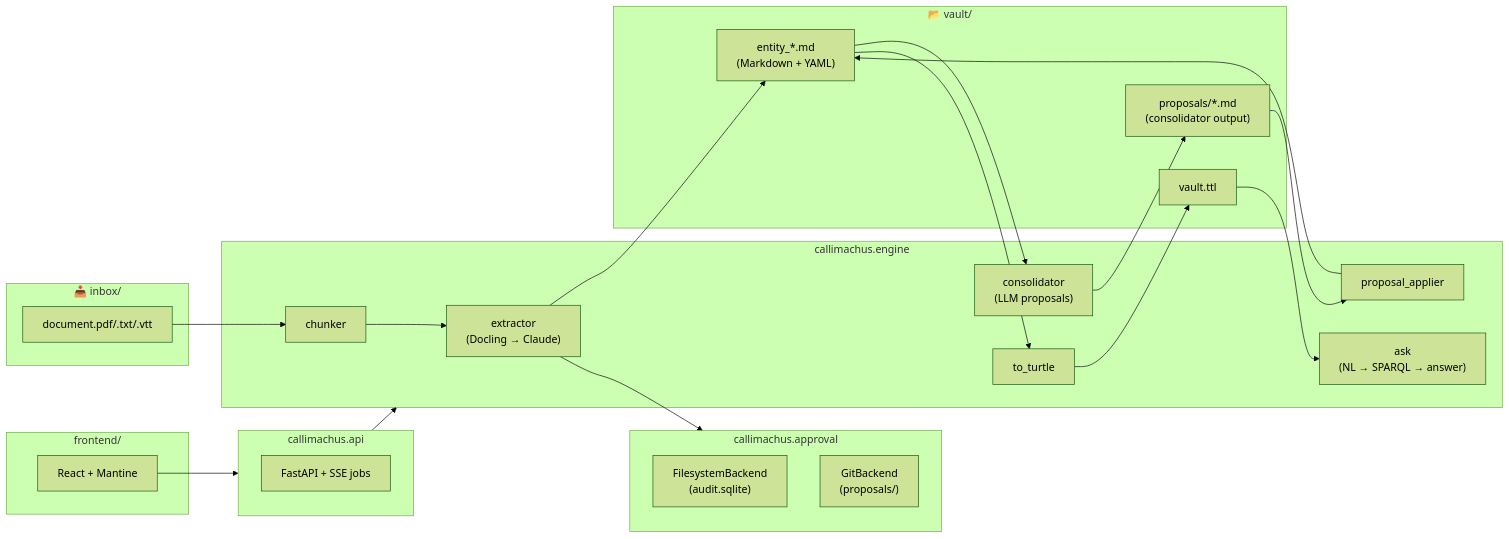
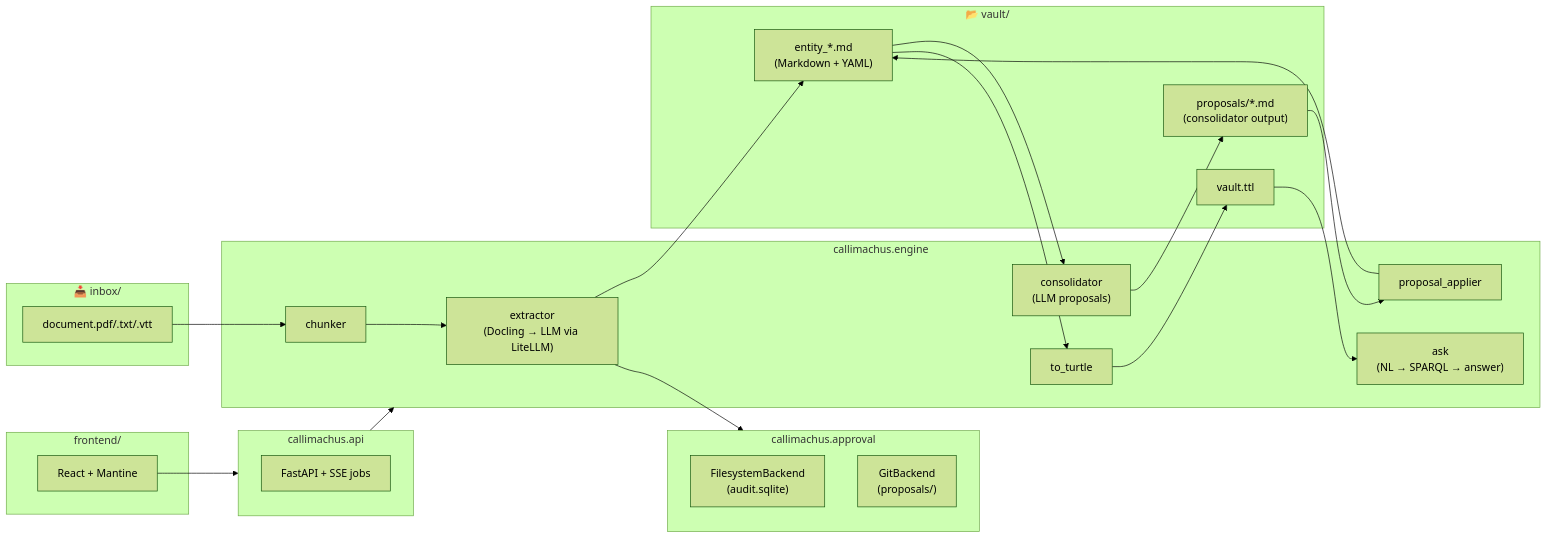
Before and after one commit to elroy-galbraith/callimachus: the diagram in README.md, drawn with Mermaid (forest theme). The commit also changed other lines of this file and 28 other files, not shown here.

````diff
--- a/README.md
+++ b/README.md
@@ -83,44 +101,44 @@
 ```mermaid
 flowchart LR
     subgraph inbox["📥 inbox/"]
         DOC[document.pdf/.txt/.vtt]
     end
 
     subgraph engine["callimachus.engine"]
-        extractor["extractor\n(Docling → Claude)"]
+        extractor["extractor\n(Docling → LLM via LiteLLM)"]
         chunker["chunker"]
         consolidator["consolidator\n(LLM proposals)"]
         applier["proposal_applier"]
         to_turtle["to_turtle"]
         ask["ask\n(NL → SPARQL → answer)"]
     end
 
     subgraph vault["📂 vault/"]
         MD["entity_*.md\n(Markdown + YAML)"]
         PROP["proposals/*.md\n(consolidator output)"]
         TTL["vault.ttl"]
     end
 
     subgraph approval["callimachus.approval"]
         FS["FilesystemBackend\n(audit.sqlite)"]
         GIT["GitBackend\n(proposals/<doc>)"]
     end
 
     subgraph api["callimachus.api"]
         FastAPI["FastAPI + SSE jobs"]
     end
 
     subgraph frontend["frontend/"]
         React["React + Mantine"]
     end
 
     DOC --> chunker --> extractor
     extractor --> MD
     extractor --> approval
     MD --> consolidator --> PROP
     PROP --> applier --> MD
     MD --> to_turtle --> TTL
     TTL --> ask
     api --> engine
     React --> api
 ```
````
